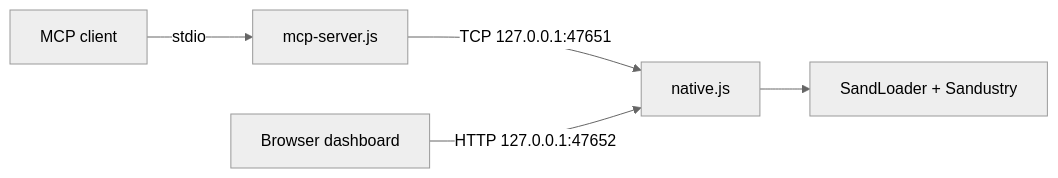
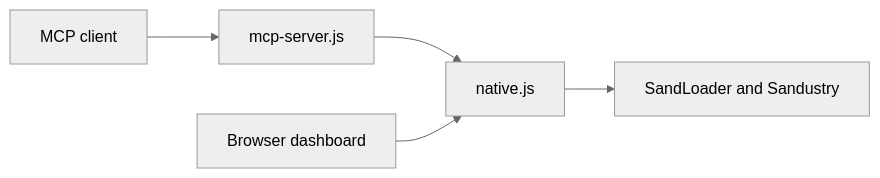
The diagram in README.md (LopeKinz/SandLoader-Mods), drawn with Mermaid (neutral theme) before and after one commit. The commit also changed other lines of this file, not shown here.

Commit message:
docs: fix flowchart and add cross-platform setup

````diff
--- a/README.md
+++ b/README.md
@@ -47,7 +47,7 @@
 ```mermaid
-flowchart LR
-    A["MCP client"] -->|stdio| B["mcp-server.js"]
-    B -->|"TCP 127.0.0.1:47651"| C["native.js"]
-    D["Browser dashboard"] -->|"HTTP 127.0.0.1:47652"| C
-    C --> E["SandLoader + Sandustry"]
+graph LR
+    A[MCP client] --> B[mcp-server.js]
+    B --> C[native.js]
+    D[Browser dashboard] --> C
+    C --> E[SandLoader and Sandustry]
 ```
````
